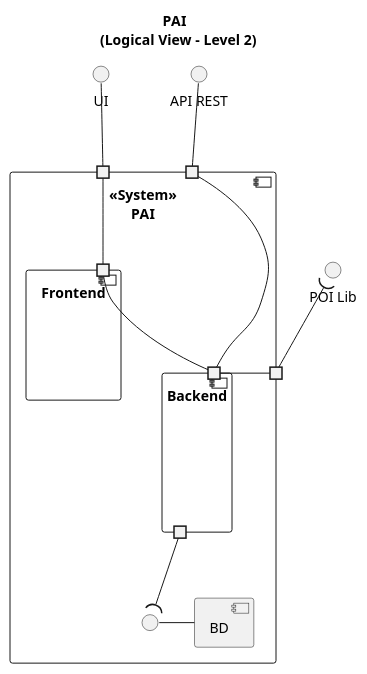
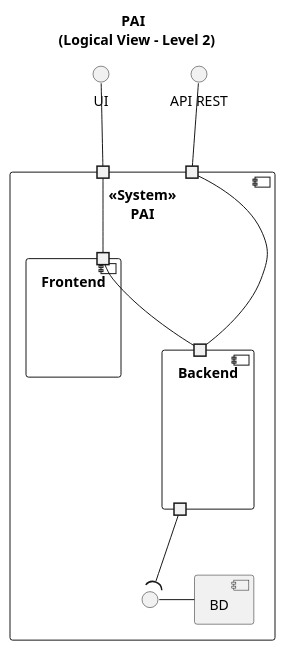
Before and after one commit to GasparISEP/DevOps-PAI: the diagram in docs/Sprint_6/LogicalView/Level2.puml, drawn with PlantUML. The commit also changed 2 other files, not shown here.

Commit message:
refactor (diagram): Remove POI library from all diagrams in the Logical View (#530)

```diff
--- a/docs/Sprint_6/LogicalView/Level2.puml
+++ b/docs/Sprint_6/LogicalView/Level2.puml
@@ -1,44 +1,40 @@
 @startuml
 
 
 title "PAI \n (Logical View - Level 2)"
 
 interface UI
 interface "API REST"
-interface "POI Lib"
 
 
 component "<<System>>\nPAI" {
   portin " " as p1
   portin " " as p2
-  portout " " as p3
   component Backend
   component Frontend
   component BD
   interface " " as I1
 
 }
 
 component Frontend {
 portin " " as p4
 }
 
 component Backend {
 portin " " as p5
 portout " " as p6
 }
 
 
 
 I1 -right- BD
 p5-up- p4
 p1 -up- UI
 p2 -up- "API REST"
 p2 -down-p5
-"POI Lib" )-down-p3
-p3 -left-p5
 p1 -down-p4
 p6 -down-(I1
 
 
 @enduml
```
